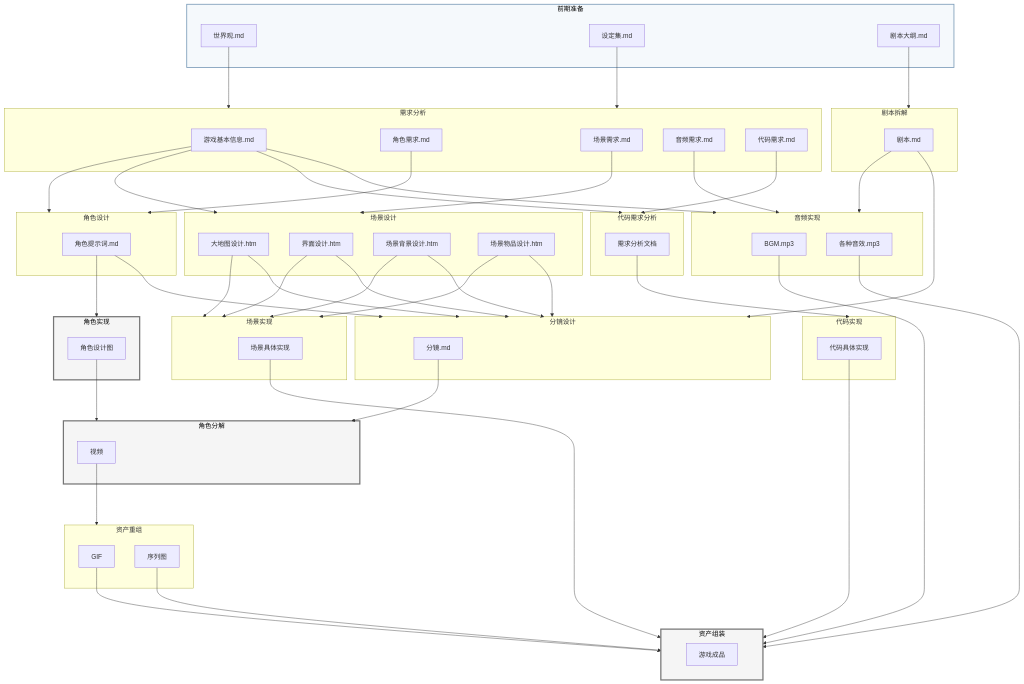
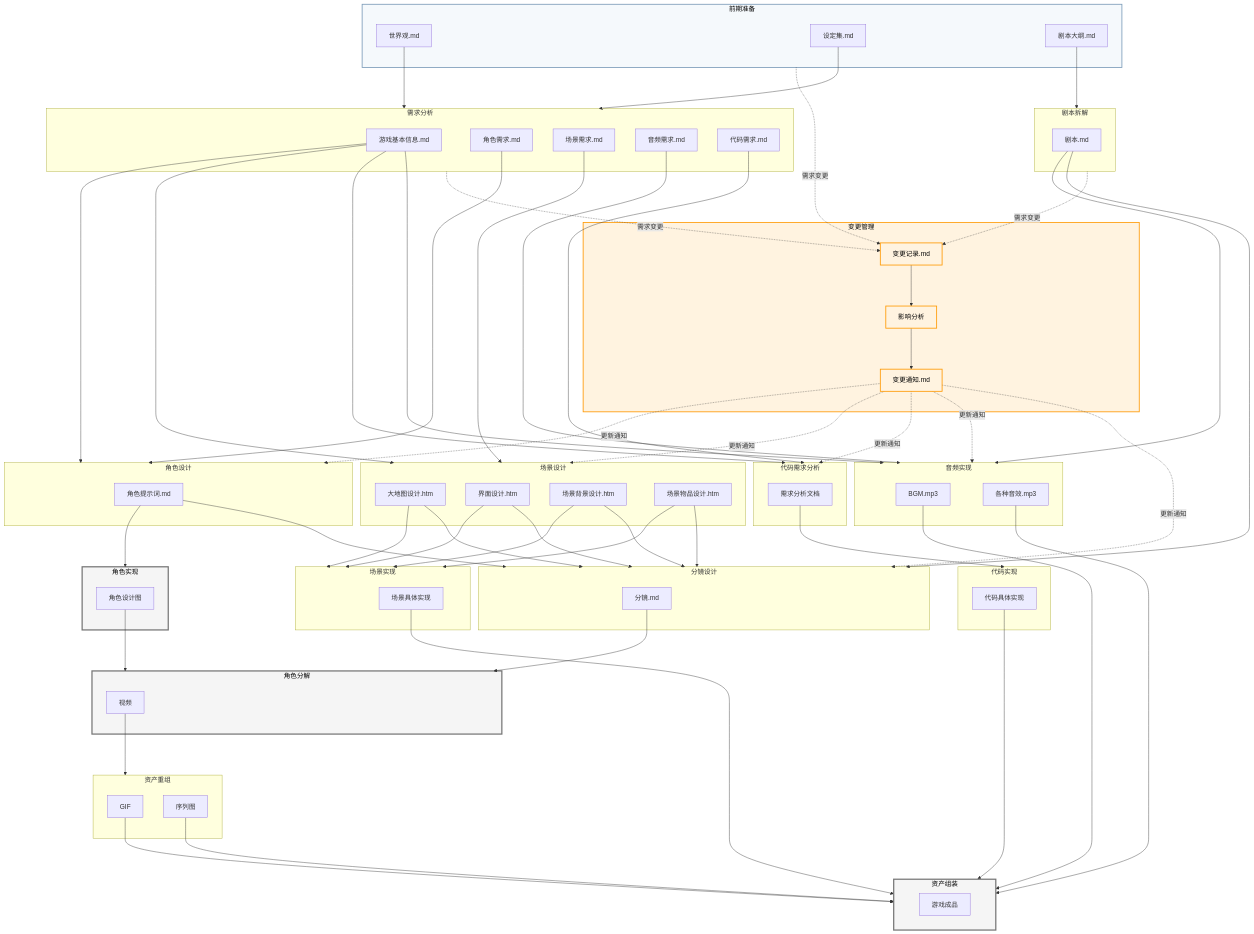
The diagram in README.md (CrazyJinn/AllCopper), drawn with Mermaid before and after one commit. The commit also changed other lines of this file and 99 other files, not shown here.

````diff
--- a/README.md
+++ b/README.md
@@ -84,7 +84,15 @@
         S13O1[游戏成品]
     end
 
-    %% ========== 连接线 ==========
+    %% ========== 变更管理 ==========
+    subgraph S14变更管理["变更管理"]
+        CM1[变更记录.md]
+        CM2[影响分析]
+        CM3[变更通知.md]
+        CM1 --> CM2 --> CM3
+    end
+
+    %% ========== 主流程连接线 ==========
     A1 & A2 --> S1需求分析
 
     A3 --> S2剧本拆解
@@ -111,10 +119,23 @@
 
     S7O1 & S8O1 & S8O2 & S9O1 & S12O1 & S12O2 --> S13资产组装
 
+    %% ========== 变更管理连接线 ==========
+    S0前期准备 -.->|需求变更| CM1
+    S1需求分析 -.->|需求变更| CM1
+    S2剧本拆解 -.->|需求变更| CM1
+
+    CM3 -.->|更新通知| S3角色设计
+    CM3 -.->|更新通知| S4场景设计
+    CM3 -.->|更新通知| S5代码需求分析
+    CM3 -.->|更新通知| S8音频实现
+    CM3 -.->|更新通知| S10分镜设计
+
     %% ========== 样式定义 ==========
     classDef manual fill:#f5f5f5,stroke:#757575,stroke-width:3px,color:#000
     classDef input fill:#f5f9fc,stroke:#7a9bb8,stroke-width:2px,color:#000
+    classDef change fill:#fff3e0,stroke:#ff9800,stroke-width:2px,color:#000
 
     class S6角色实现,S11角色分解,S13资产组装 manual
     class S0前期准备 input
+    class S14变更管理,CM1,CM2,CM3 change
 ```
````
